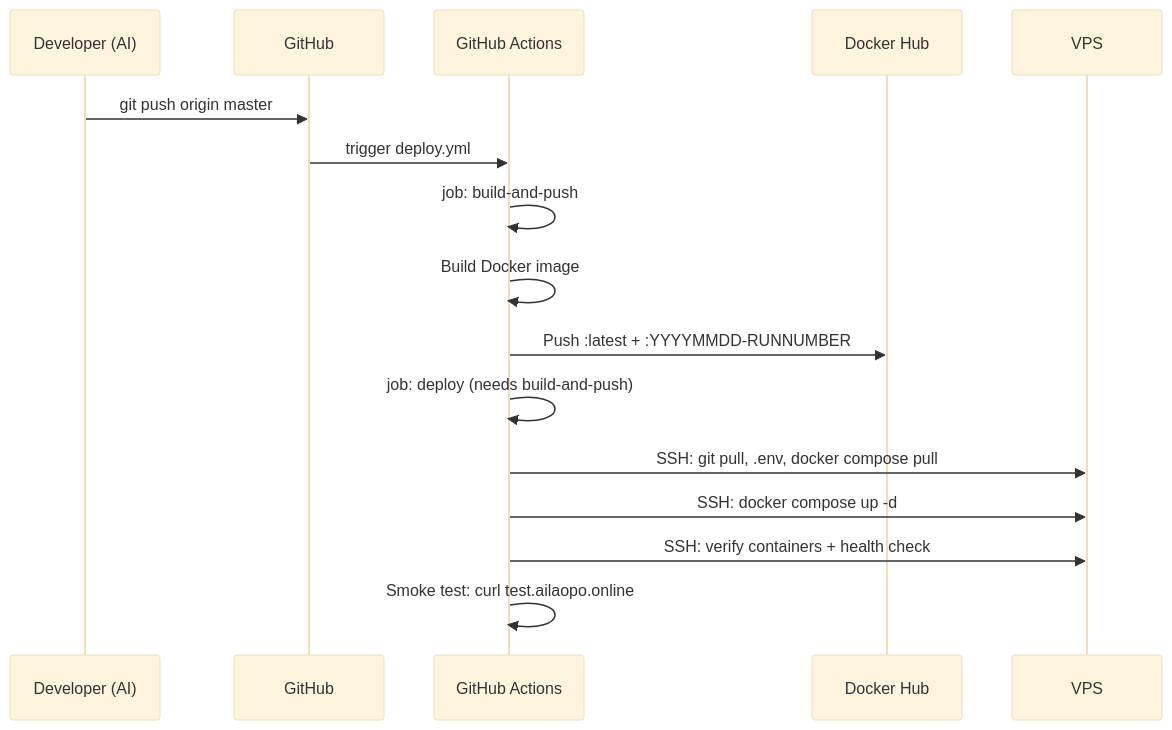
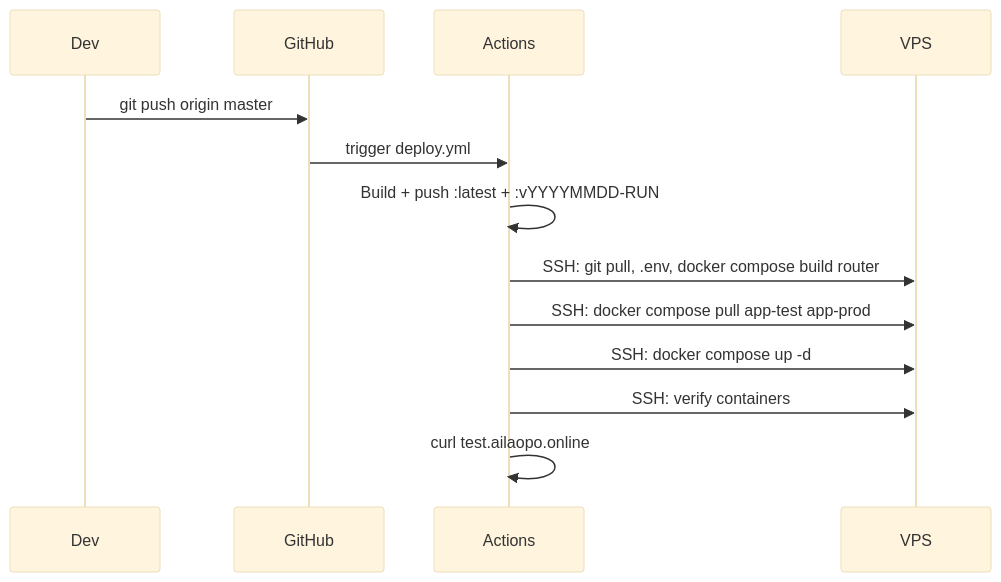
One commit to BrodyZhang/pier changed the diagram in docs/deployment-architecture.md. Above: the diagram before and after it, drawn with Mermaid (base theme). The commit also changed other lines of this file and 11 other files, not shown here.

Commit message:
Feat: split router/test/prod into separate containers, PROD_VERSION for version pinning

````diff
--- a/docs/deployment-architecture.md
+++ b/docs/deployment-architecture.md
@@ -186,19 +232,11 @@
 ```mermaid
 sequenceDiagram
-  participant Dev as Developer (AI)
-  participant GH as GitHub
-  participant GHCR as GitHub Actions
-  participant DH as Docker Hub
-  participant VPS
-
-  Dev->>GH: git push origin master
-  GH->>GHCR: trigger deploy.yml
-  GHCR->>GHCR: job: build-and-push
-  GHCR->>GHCR: Build Docker image
-  GHCR->>DH: Push :latest + :YYYYMMDD-RUNNUMBER
-  GHCR->>GHCR: job: deploy (needs build-and-push)
-  GHCR->>VPS: SSH: git pull, .env, docker compose pull
-  GHCR->>VPS: SSH: docker compose up -d
-  GHCR->>VPS: SSH: verify containers + health check
-  GHCR->>GHCR: Smoke test: curl test.ailaopo.online
+  Dev->>GitHub: git push origin master
+  GitHub->>Actions: trigger deploy.yml
+  Actions->>Actions: Build + push :latest + :vYYYYMMDD-RUN
+  Actions->>VPS: SSH: git pull, .env, docker compose build router
+  Actions->>VPS: SSH: docker compose pull app-test app-prod
+  Actions->>VPS: SSH: docker compose up -d
+  Actions->>VPS: SSH: verify containers
+  Actions->>Actions: curl test.ailaopo.online
 ```
````
